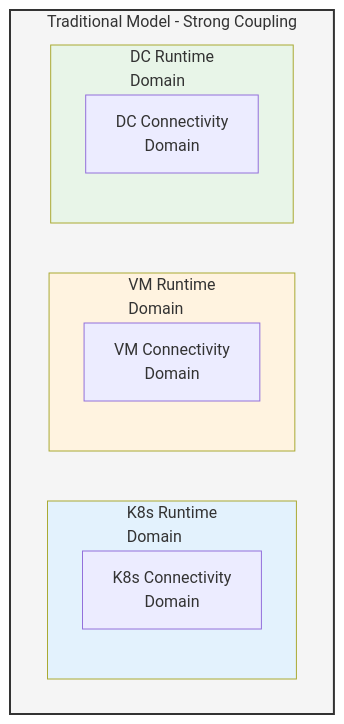
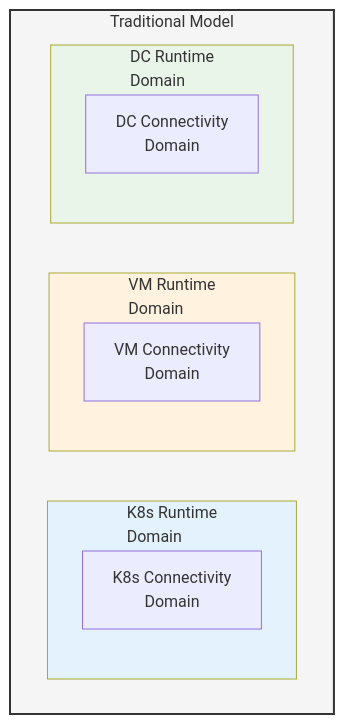
Before and after one commit to daviderestivo/nsm: the first of 9 diagrams in doc/nsm-concepts.md, drawn with Mermaid.

Commit message:
docs: simplify diagram title by removing 'Strong Coupling'
- Changed diagram title from 'Traditional Model - Strong Coupling' to 'Traditional Model'
- Cleaner, more concise diagram title
- Strong coupling concept already explained in surrounding text

````diff
--- a/doc/nsm-concepts.md
+++ b/doc/nsm-concepts.md
@@ -29,19 +29,19 @@
 ```mermaid
 graph TB
-    subgraph Title["Traditional Model - Strong Coupling"]
+    subgraph Title["Traditional Model"]
         subgraph K8s["K8s Runtime<br/>Domain"]
             K8sConn["K8s Connectivity<br/>Domain"]
         end
         subgraph VM["VM Runtime<br/>Domain"]
             VMConn["VM Connectivity<br/>Domain"]
         end
         subgraph DC["DC Runtime<br/>Domain"]
             DCConn["DC Connectivity<br/>Domain"]
         end
     end
     
     style K8s fill:#e3f2fd
     style VM fill:#fff3e0
     style DC fill:#e8f5e8
     style Title fill:#f5f5f5,stroke:#333,stroke-width:2px
 ```
````
